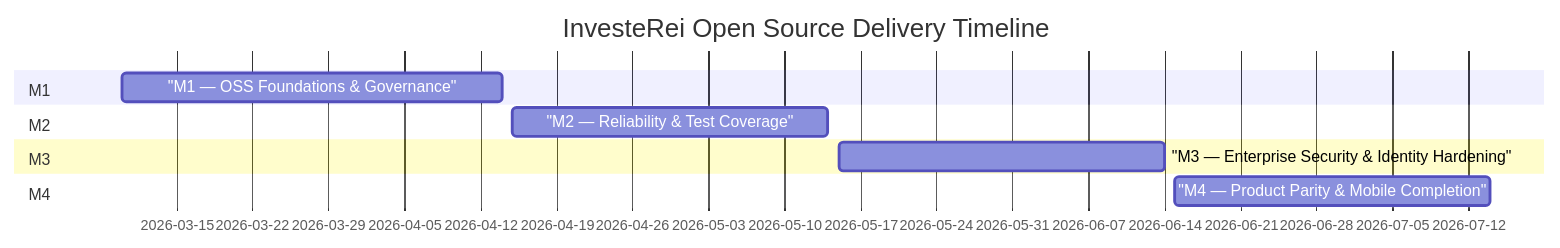
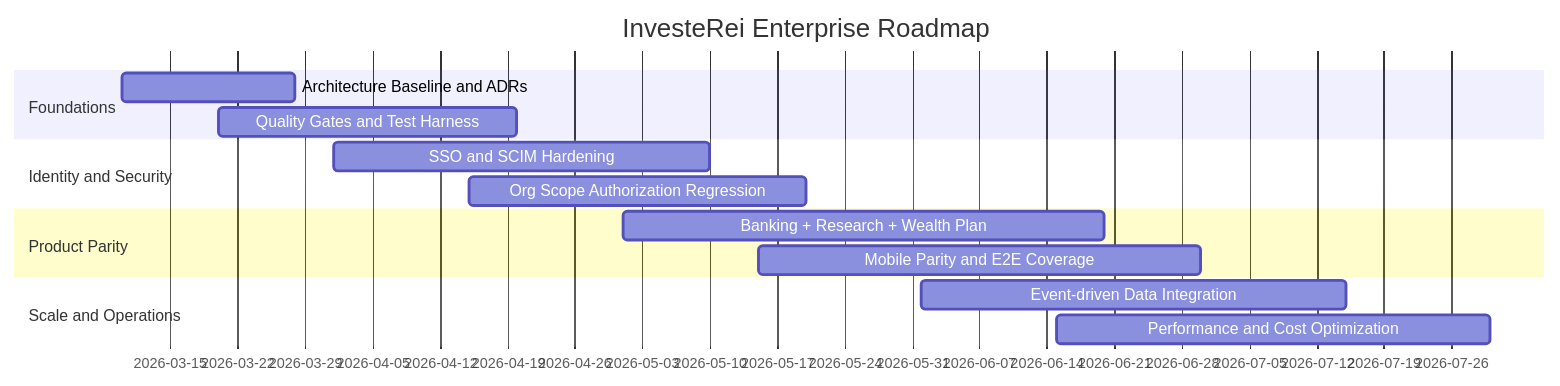
Before and after one commit to reiidoda/InvesteRei: the diagram in docs/ROADMAP.md, drawn with Mermaid. The commit also changed other lines of this file and 21 other files, not shown here.

Commit message:
docs: add enterprise architecture and engineering documentation suite

````diff
--- a/docs/ROADMAP.md
+++ b/docs/ROADMAP.md
@@ -6,13 +12,20 @@
 ```mermaid
 gantt
-  title InvesteRei Open Source Delivery Timeline
+  title InvesteRei Enterprise Roadmap
   dateFormat  YYYY-MM-DD
-  section M1
-  "M1 — OSS Foundations & Governance" :m1, 2026-03-10, 2026-04-14
-  section M2
-  "M2 — Reliability & Test Coverage" :m2, 2026-04-15, 2026-05-14
-  section M3
-  "M3 — Enterprise Security & Identity Hardening" :m3, 2026-05-15, 2026-06-14
-  section M4
-  "M4 — Product Parity & Mobile Completion" :m4, 2026-06-15, 2026-07-14
+  section Foundations
+  Architecture Baseline and ADRs         :a1, 2026-03-10, 2026-03-28
+  Quality Gates and Test Harness         :a2, 2026-03-20, 2026-04-20
+
+  section Identity and Security
+  SSO and SCIM Hardening                 :b1, 2026-04-01, 2026-05-10
+  Org Scope Authorization Regression     :b2, 2026-04-15, 2026-05-20
+
+  section Product Parity
+  Banking + Research + Wealth Plan       :c1, 2026-05-01, 2026-06-20
+  Mobile Parity and E2E Coverage         :c2, 2026-05-15, 2026-06-30
+
+  section Scale and Operations
+  Event-driven Data Integration          :d1, 2026-06-01, 2026-07-15
+  Performance and Cost Optimization      :d2, 2026-06-15, 2026-07-30
 ```
````
